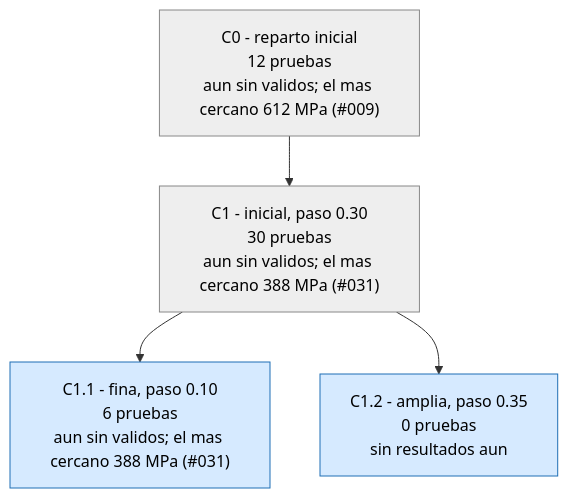
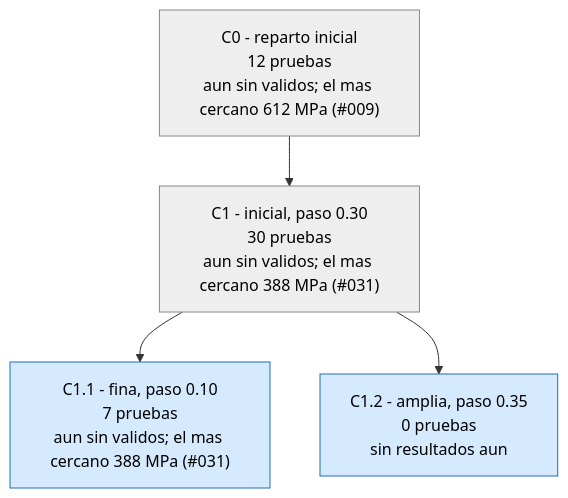
Before and after one commit to Hugiko/msd-soporte-optimizacion: the third of 3 diagrams in runs/opt_37800N/ARBOL.md, drawn with Mermaid. The commit also changed 19 other files, not shown here.

````diff
--- a/runs/opt_37800N/ARBOL.md
+++ b/runs/opt_37800N/ARBOL.md
@@ -47,13 +47,13 @@
 ```mermaid
 graph TD
 classDef activa fill:#d6eaff,stroke:#1f6fb5,color:#000
 classDef fin fill:#eeeeee,stroke:#888,color:#000
 classDef mejor fill:#c8f0c0,stroke:#1a9850,stroke-width:4px,color:#000
 C0["C0 - reparto inicial<br/>12 pruebas<br/>aun sin validos; el mas cercano 612 MPa (#009)"]:::fin
 C1["C1 - inicial, paso 0.30<br/>30 pruebas<br/>aun sin validos; el mas cercano 388 MPa (#031)"]:::fin
 C0 --> C1
-C1_1["C1.1 - fina, paso 0.10<br/>6 pruebas<br/>aun sin validos; el mas cercano 388 MPa (#031)"]:::activa
+C1_1["C1.1 - fina, paso 0.10<br/>7 pruebas<br/>aun sin validos; el mas cercano 388 MPa (#031)"]:::activa
 C1 --> C1_1
 C1_2["C1.2 - amplia, paso 0.35<br/>0 pruebas<br/>sin resultados aun"]:::activa
 C1 --> C1_2
 ```
````
